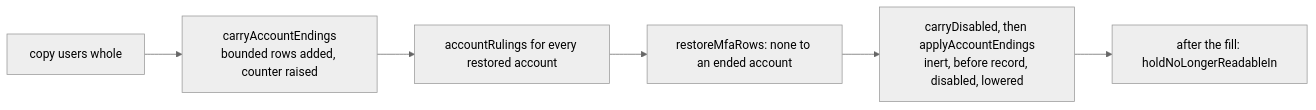
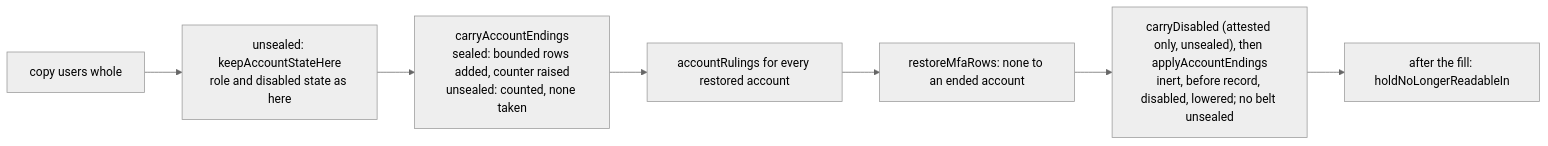
The fifth of 34 diagrams in docs/backup-reporting.md (gitBoon/DumpFire), drawn with Mermaid (neutral theme) before and after one commit. The commit also changed other lines of this file and 20 other files, not shown here.

````diff
--- a/docs/backup-reporting.md
+++ b/docs/backup-reporting.md
@@ -229,8 +230,9 @@
 ```mermaid
 flowchart LR
-    Copy4["copy users whole"] --> Union4["carryAccountEndings<br/>bounded rows added, counter raised"]
+    Copy4["copy users whole"] --> State4["unsealed: keepAccountStateHere<br/>role and disabled state as here"]
+    State4 --> Union4["carryAccountEndings<br/>sealed: bounded rows added, counter raised<br/>unsealed: counted, none taken"]
     Union4 --> Rule4["accountRulings for every restored account"]
     Rule4 --> Mfa4["restoreMfaRows: none to an ended account"]
-    Mfa4 --> Apply4["carryDisabled, then applyAccountEndings<br/>inert, before record, disabled, lowered"]
+    Mfa4 --> Apply4["carryDisabled (attested only, unsealed), then applyAccountEndings<br/>inert, before record, disabled, lowered; no belt unsealed"]
     Apply4 --> Hold4["after the fill: holdNoLongerReadableIn"]
 ```
````
